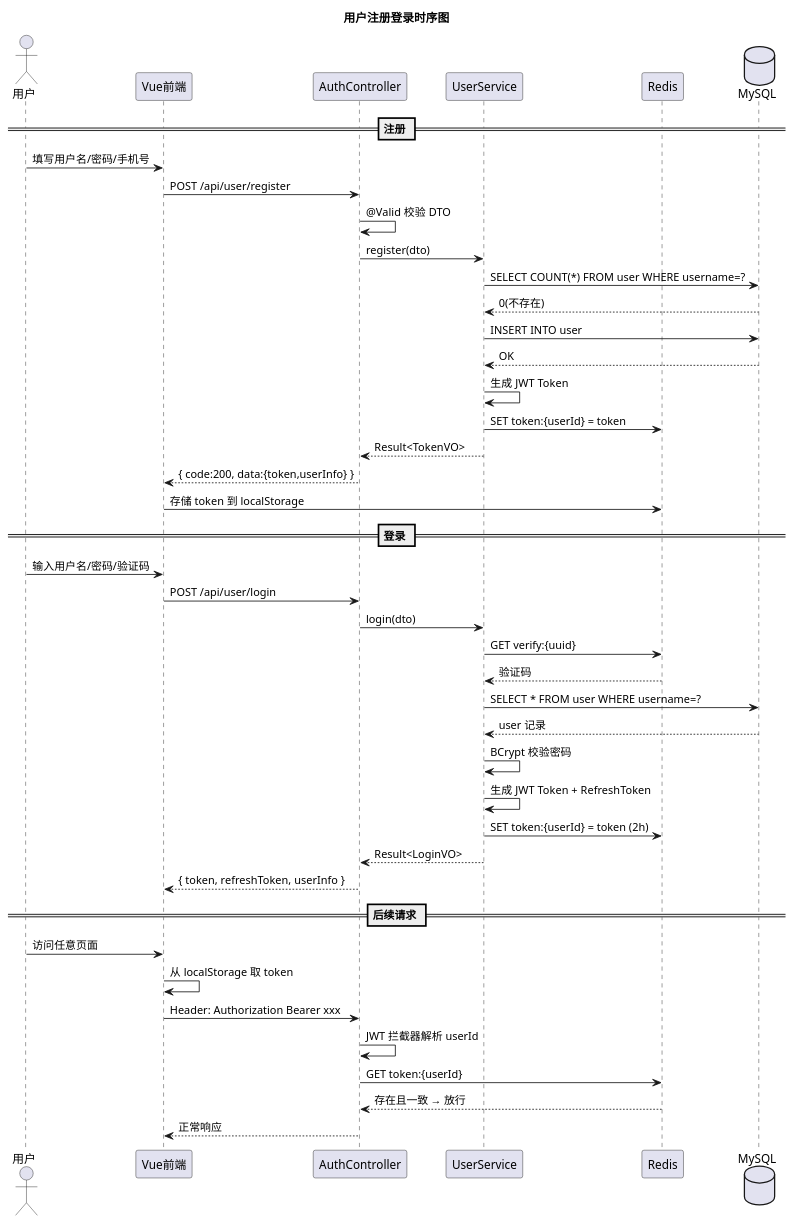
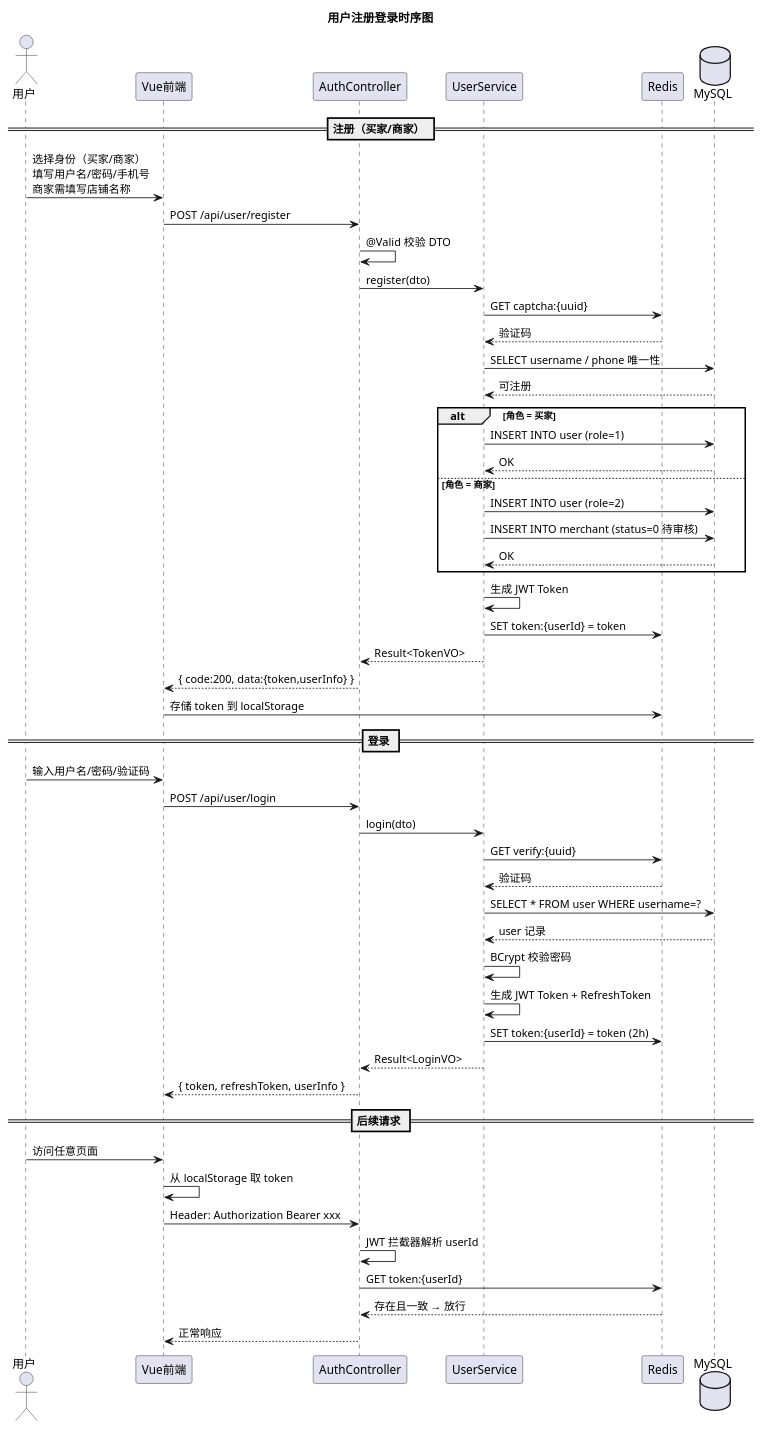
The first of 6 diagrams in uml/uml-sequence.puml (KIM406-CMD/chrono), drawn with PlantUML before and after one commit. The commit also changed 20 other files, not shown here.

```diff
--- a/uml/uml-sequence.puml
+++ b/uml/uml-sequence.puml
@@ -1,50 +1,58 @@
 @startuml 用户注册登录
 
 title 用户注册登录时序图
 
 actor 用户 as User
 participant "Vue前端" as Vue
 participant "AuthController" as Auth
 participant "UserService" as Svc
 participant "Redis" as Redis
 database "MySQL" as DB
 
-== 注册 ==
-User -> Vue : 填写用户名/密码/手机号
+== 注册（买家/商家） ==
+User -> Vue : 选择身份（买家/商家）\n填写用户名/密码/手机号\n商家需填写店铺名称
 Vue -> Auth : POST /api/user/register
 Auth -> Auth : @Valid 校验 DTO
 Auth -> Svc : register(dto)
-Svc -> DB : SELECT COUNT(*) FROM user WHERE username=?
-DB --> Svc : 0(不存在)
-Svc -> DB : INSERT INTO user
-DB --> Svc : OK
+Svc -> Redis : GET captcha:{uuid}
+Redis --> Svc : 验证码
+Svc -> DB : SELECT username / phone 唯一性
+DB --> Svc : 可注册
+alt 角色 = 买家
+  Svc -> DB : INSERT INTO user (role=1)
+  DB --> Svc : OK
+else 角色 = 商家
+  Svc -> DB : INSERT INTO user (role=2)
+  Svc -> DB : INSERT INTO merchant (status=0 待审核)
+  DB --> Svc : OK
+end
 Svc -> Svc : 生成 JWT Token
 Svc -> Redis : SET token:{userId} = token
 Svc --> Auth : Result<TokenVO>
 Auth --> Vue : { code:200, data:{token,userInfo} }
 Vue -> Redis : 存储 token 到 localStorage
 
 == 登录 ==
 User -> Vue : 输入用户名/密码/验证码
 Vue -> Auth : POST /api/user/login
 Auth -> Svc : login(dto)
 Svc -> Redis : GET verify:{uuid}
 Redis --> Svc : 验证码
 Svc -> DB : SELECT * FROM user WHERE username=?
 DB --> Svc : user 记录
 Svc -> Svc : BCrypt 校验密码
 Svc -> Svc : 生成 JWT Token + RefreshToken
 Svc -> Redis : SET token:{userId} = token (2h)
 Svc --> Auth : Result<LoginVO>
 Auth --> Vue : { token, refreshToken, userInfo }
 
 == 后续请求 ==
 User -> Vue : 访问任意页面
 Vue -> Vue : 从 localStorage 取 token
 Vue -> Auth : Header: Authorization Bearer xxx
 Auth -> Auth : JWT 拦截器解析 userId
 Auth -> Redis : GET token:{userId}
 Redis --> Auth : 存在且一致 → 放行
 Auth --> Vue : 正常响应
 
 @enduml
```
